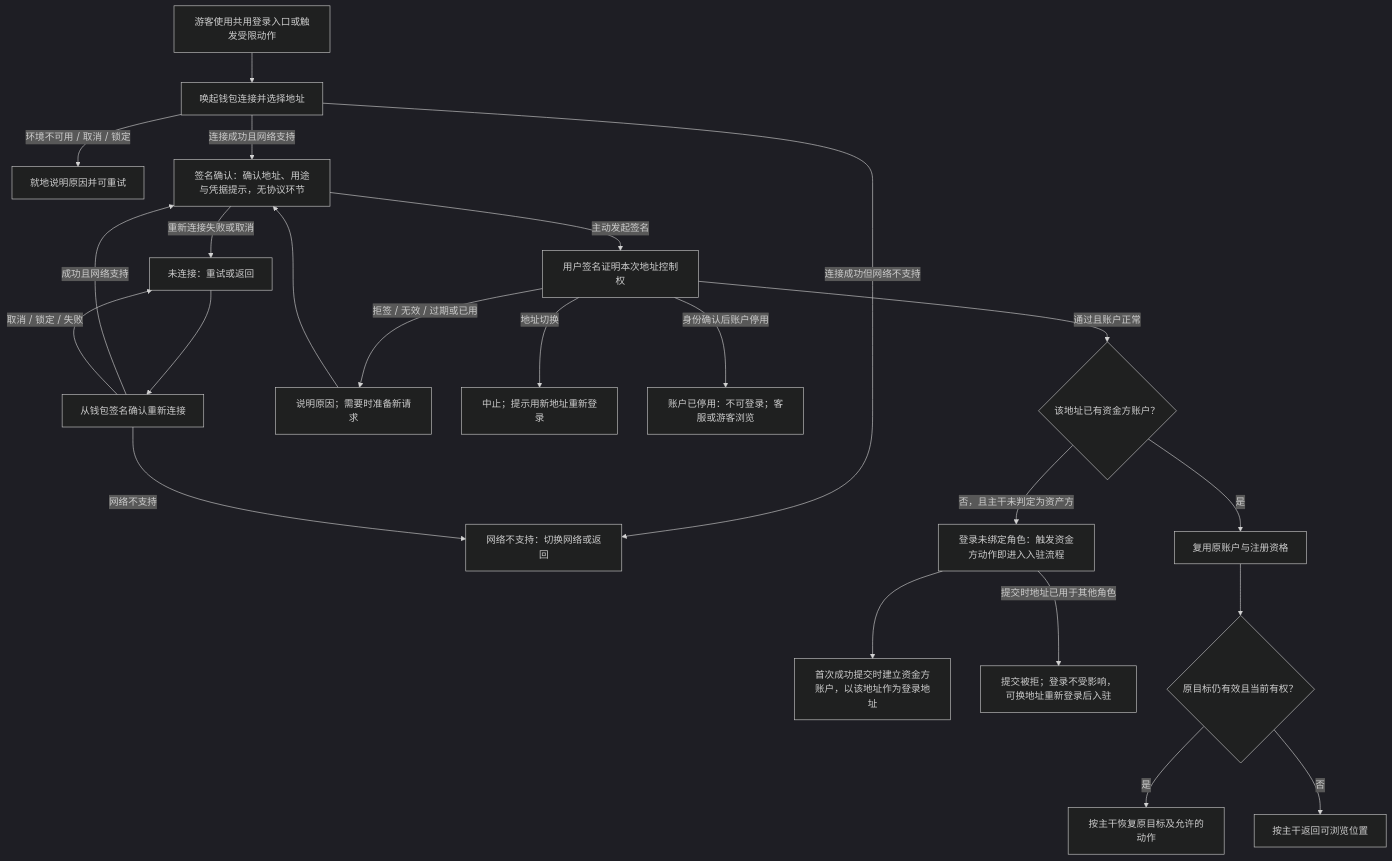
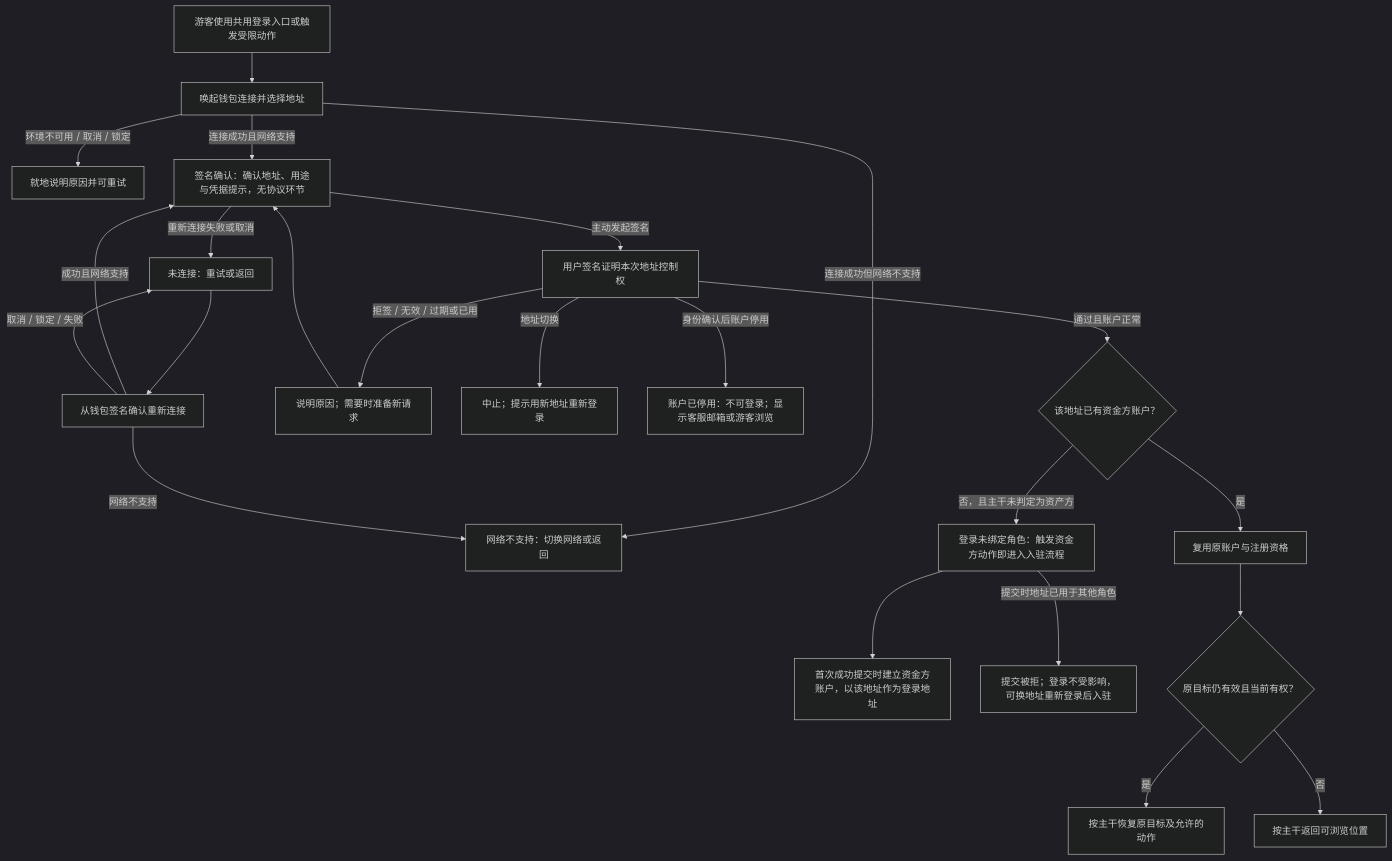
One commit to wxblockchain/Chain-Financing changed the first of 9 diagrams in lending-platform/PRD/面客端/02-资金方登录与账户体系/02-资金方登录与账户体系-流程图与状态机.md. Above: the diagram before and after it, drawn with Mermaid (dark theme). The commit also changed 21 other files, not shown here.

````diff
--- a/lending-platform/PRD/面客端/02-资金方登录与账户体系/02-资金方登录与账户体系-流程图与状态机.md
+++ b/lending-platform/PRD/面客端/02-资金方登录与账户体系/02-资金方登录与账户体系-流程图与状态机.md
@@ -14,25 +14,25 @@
 ```mermaid
 flowchart TD
     A[游客使用共用登录入口或触发受限动作] --> B[唤起钱包连接并选择地址]
     B -->|环境不可用 / 取消 / 锁定| C[就地说明原因并可重试]
     B -->|连接成功但网络不支持| D[网络不支持：切换网络或返回]
     B -->|连接成功且网络支持| E[签名确认：确认地址、用途与凭据提示，无协议环节]
     E -->|重新连接失败或取消| F[未连接：重试或返回]
     F --> R[从钱包签名确认重新连接]
     R -->|成功且网络支持| E
     R -->|取消 / 锁定 / 失败| F
     R -->|网络不支持| D
     E -->|主动发起签名| G[用户签名证明本次地址控制权]
     G -->|拒签 / 无效 / 过期或已用| H[说明原因；需要时准备新请求]
     H --> E
     G -->|地址切换| I[中止；提示用新地址重新登录]
-    G -->|身份确认后账户停用| K[账户已停用：不可登录；客服或游客浏览]
+    G -->|身份确认后账户停用| K[账户已停用：不可登录；显示客服邮箱或游客浏览]
     G -->|通过且账户正常| L{该地址已有资金方账户？}
     L -->|否，且主干未判定为资产方| M[登录未绑定角色：触发资金方动作即进入入驻流程]
     M --> N[首次成功提交时建立资金方账户，以该地址作为登录地址]
     M -->|提交时地址已用于其他角色| J[提交被拒；登录不受影响，可换地址重新登录后入驻]
     L -->|是| O[复用原账户与注册资格]
     O --> P{原目标仍有效且当前有权？}
     P -->|是| Q[按主干恢复原目标及允许的动作]
     P -->|否| Z[按主干返回可浏览位置]
 ```
````
